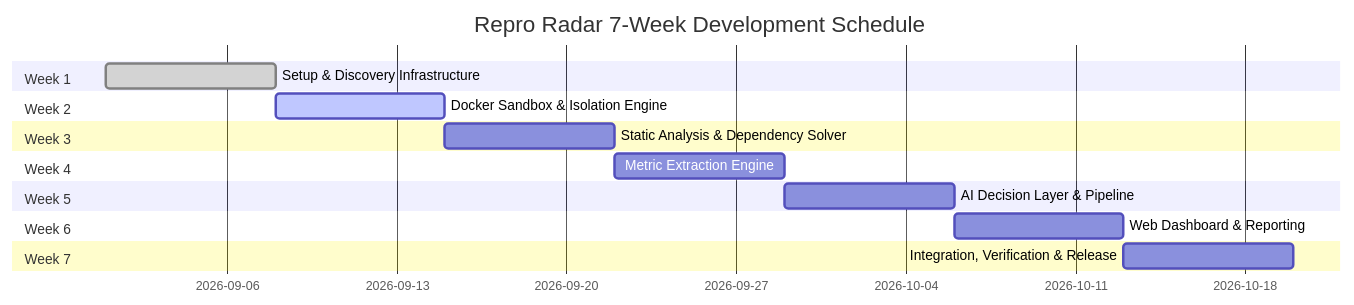
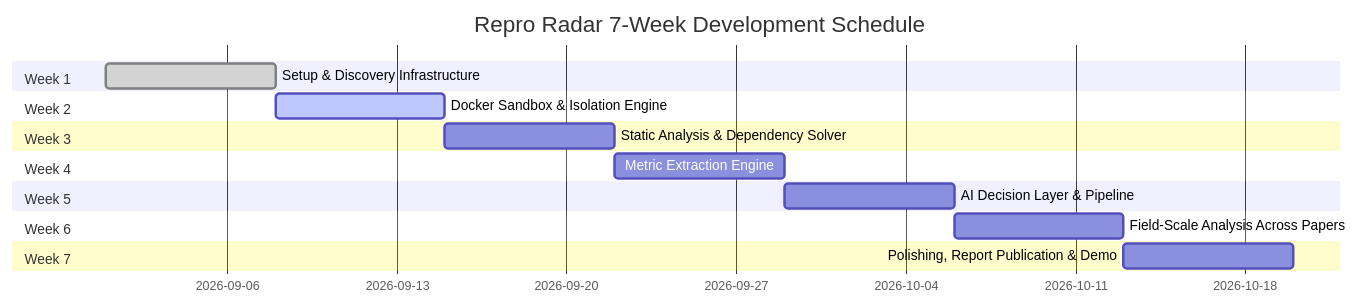
The diagram in docs/project_roadmap.md (yusufkartal0009-eng/appendix_controller_for_articles), drawn with Mermaid before and after one commit. The commit also changed other lines of this file, not shown here.

Commit message:
docs(roadmap): align weekly milestones with original 7-week plan including field-scale analysis

````diff
--- a/docs/project_roadmap.md
+++ b/docs/project_roadmap.md
@@ -7,19 +7,19 @@
 ```mermaid
 gantt
     title Repro Radar 7-Week Development Schedule
     dateFormat  YYYY-MM-DD
     section Week 1
     Setup & Discovery Infrastructure :done, w1, 2026-09-01, 7d
     section Week 2
     Docker Sandbox & Isolation Engine:active, w2, 2026-09-08, 7d
     section Week 3
     Static Analysis & Dependency Solver:w3, 2026-09-15, 7d
     section Week 4
     Metric Extraction Engine         :w4, 2026-09-22, 7d
     section Week 5
     AI Decision Layer & Pipeline     :w5, 2026-09-29, 7d
     section Week 6
-    Web Dashboard & Reporting        :w6, 2026-10-06, 7d
+    Field-Scale Analysis Across Papers:w6, 2026-10-06, 7d
     section Week 7
-    Integration, Verification & Release:w7, 2026-10-13, 7d
+    Polishing, Report Publication & Demo:w7, 2026-10-13, 7d
 ```
````
